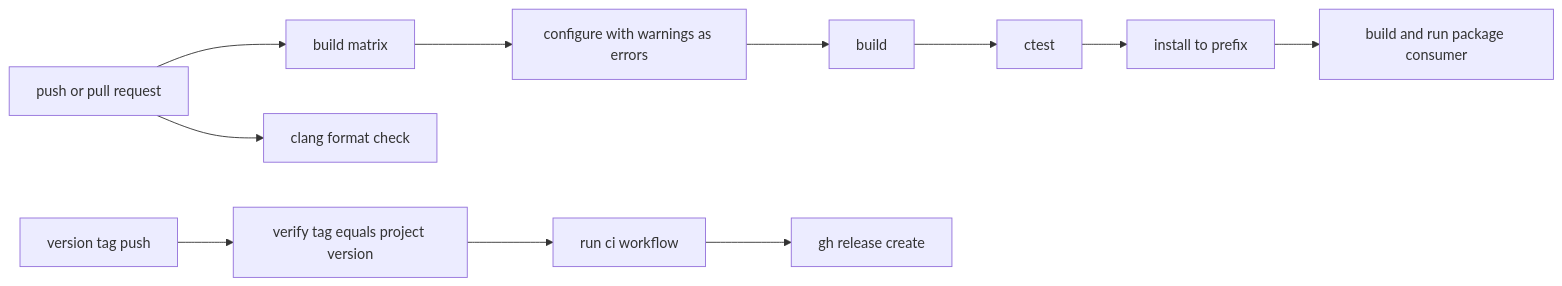
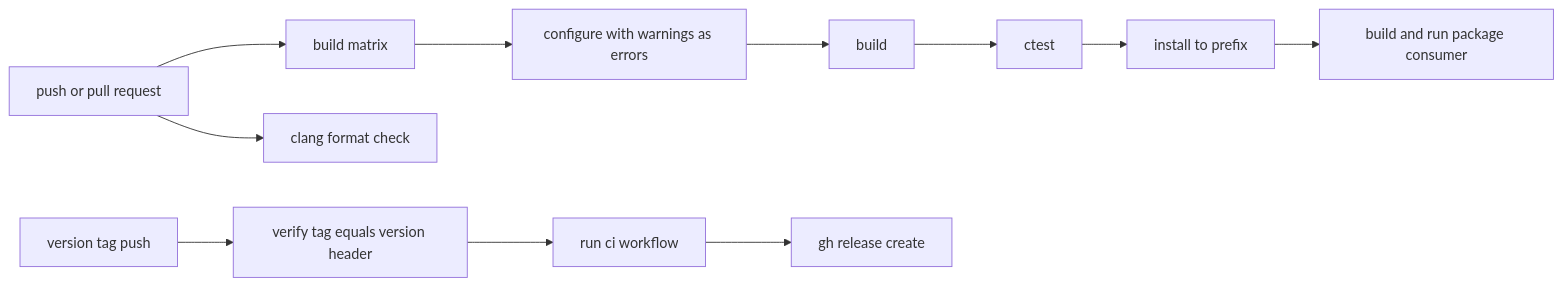
One commit to ktdevx/amark-private3 changed the second of 3 diagrams in .kiro/specs/foundation/design.md. Above: the diagram before and after it, drawn with Mermaid. The commit also changed other lines of this file and 21 other files, not shown here.

First line of the commit message:
Apply foundation review: source-owned version header, X-macro error list, malloc-style allocator, zero-size returns NULL

````diff
--- a/.kiro/specs/foundation/design.md
+++ b/.kiro/specs/foundation/design.md
@@ -173,13 +174,13 @@
 ```mermaid
 graph LR
     Trigger[push or pull request] --> Matrix[build matrix]
     Matrix --> Configure[configure with warnings as errors]
     Configure --> Build[build]
     Build --> Test[ctest]
     Test --> Install[install to prefix]
     Install --> Consumer[build and run package consumer]
     Trigger --> Format[clang format check]
-    Tag[version tag push] --> Verify[verify tag equals project version]
+    Tag[version tag push] --> Verify[verify tag equals version header]
     Verify --> CallCI[run ci workflow]
     CallCI --> Publish[gh release create]
 ```
````
